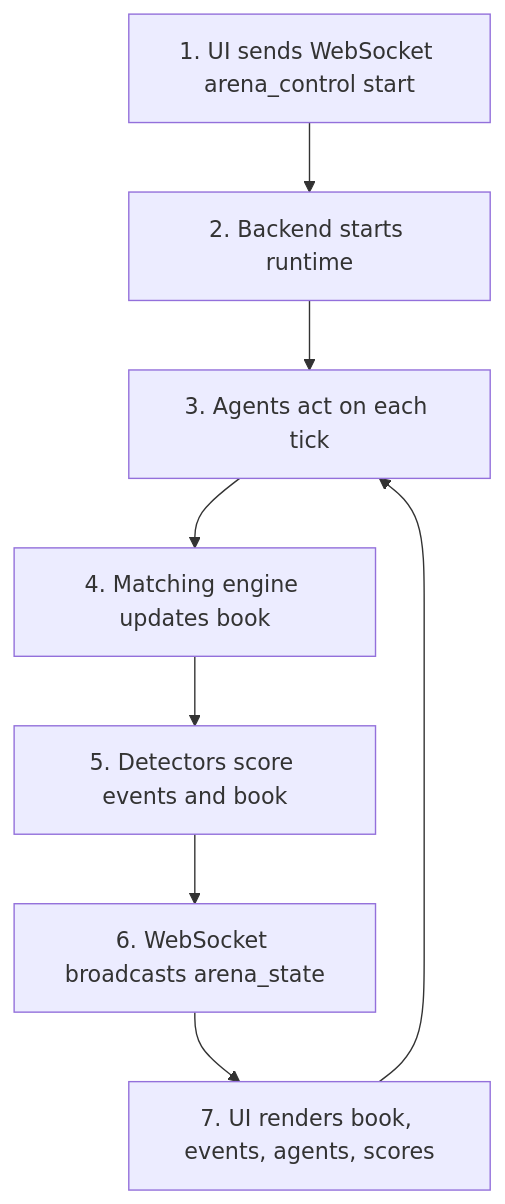
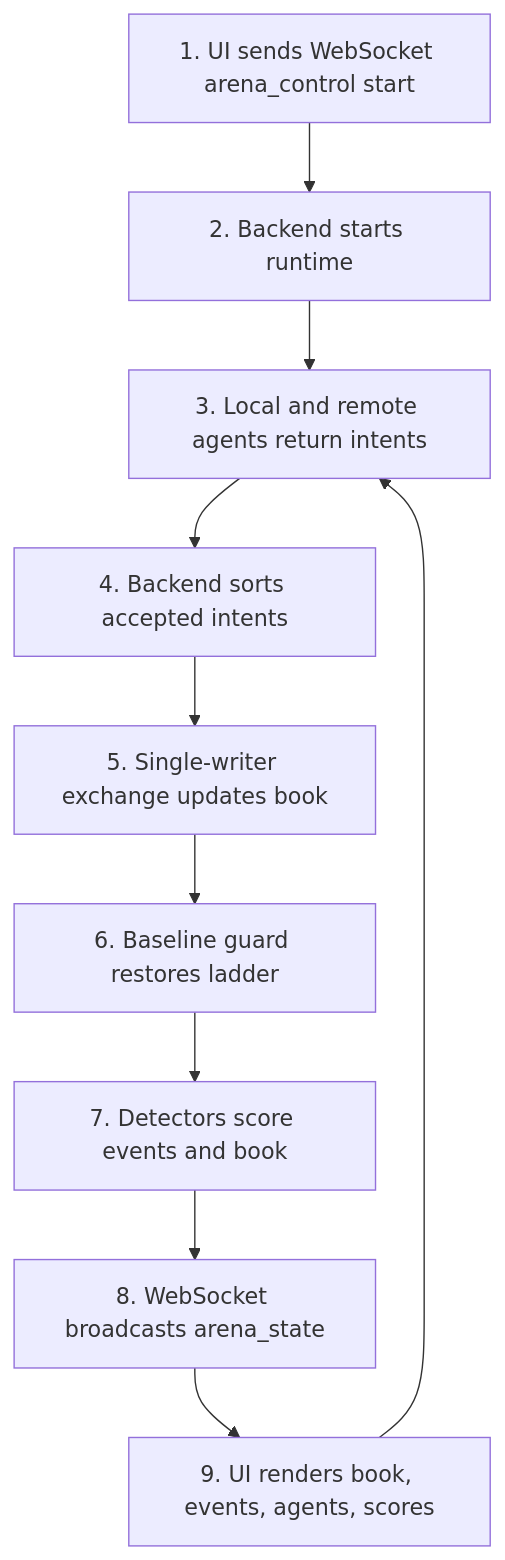
The second of 4 diagrams in docs/architecture.md (khab40/aimada), drawn with Mermaid before and after one commit. The commit also changed other lines of this file and 21 other files, not shown here.

Commit message:
feat: add scalable agents and liquidity guard

````diff
--- a/docs/architecture.md
+++ b/docs/architecture.md
@@ -63,18 +73,22 @@
 ```mermaid
 graph TD
     Start["1. UI sends WebSocket arena_control start"]
     RuntimeStart["2. Backend starts runtime"]
-    AgentsStep["3. Agents act on each tick"]
-    ExchangeStep["4. Matching engine updates book"]
-    DetectorStep["5. Detectors score events and book"]
-    BroadcastStep["6. WebSocket broadcasts arena_state"]
-    RenderStep["7. UI renders book, events, agents, scores"]
+    AgentsStep["3. Local and remote agents return intents"]
+    SortStep["4. Backend sorts accepted intents"]
+    ExchangeStep["5. Single-writer exchange updates book"]
+    GuardStep["6. Baseline guard restores ladder"]
+    DetectorStep["7. Detectors score events and book"]
+    BroadcastStep["8. WebSocket broadcasts arena_state"]
+    RenderStep["9. UI renders book, events, agents, scores"]
 
     Start --> RuntimeStart
     RuntimeStart --> AgentsStep
-    AgentsStep --> ExchangeStep
-    ExchangeStep --> DetectorStep
+    AgentsStep --> SortStep
+    SortStep --> ExchangeStep
+    ExchangeStep --> GuardStep
+    GuardStep --> DetectorStep
     DetectorStep --> BroadcastStep
     BroadcastStep --> RenderStep
     RenderStep --> AgentsStep
 ```
````
